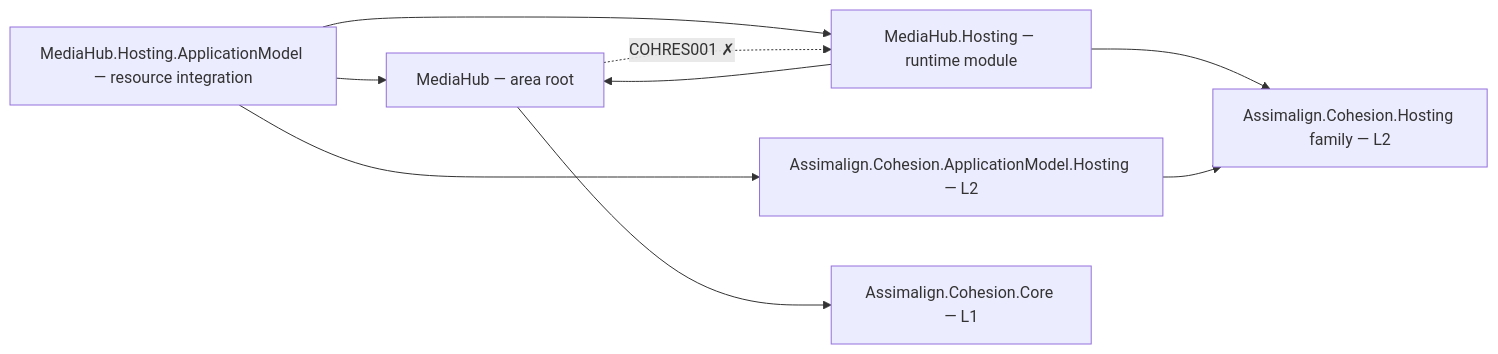
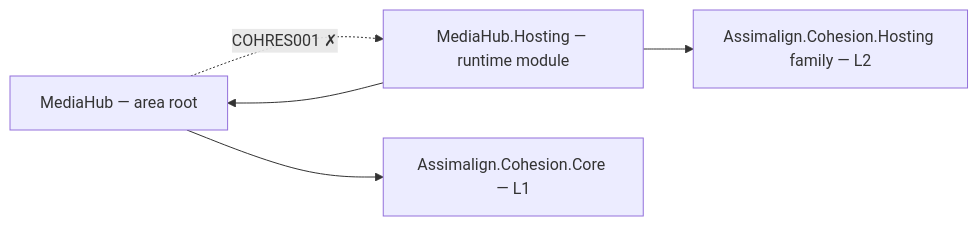
The diagram in resources/MediaHub/README.md (assimalign/cohesion), drawn with Mermaid before and after one commit. The commit also changed other lines of this file and 141 other files, not shown here.

First line of the commit message:
docs(application-model): remove the old model from rules and docs

````diff
--- a/resources/MediaHub/README.md
+++ b/resources/MediaHub/README.md
@@ -12,17 +12,11 @@
 ```mermaid
 flowchart LR
     P0["MediaHub — area root"]
     P2["MediaHub.Hosting — runtime module"]
-    PAM["MediaHub.Hosting.ApplicationModel — resource integration"]
-    AMH["Assimalign.Cohesion.ApplicationModel.Hosting — L2"]
     CORE["Assimalign.Cohesion.Core — L1"]
     HOSTFAM["Assimalign.Cohesion.Hosting family — L2"]
     P0 --> CORE
     P2 --> HOSTFAM
     P2 --> P0
-    PAM --> P2
-    PAM --> P0
-    PAM --> AMH
-    AMH --> HOSTFAM
     P0 -.->|"COHRES001 ✗"| P2
 ```
````
